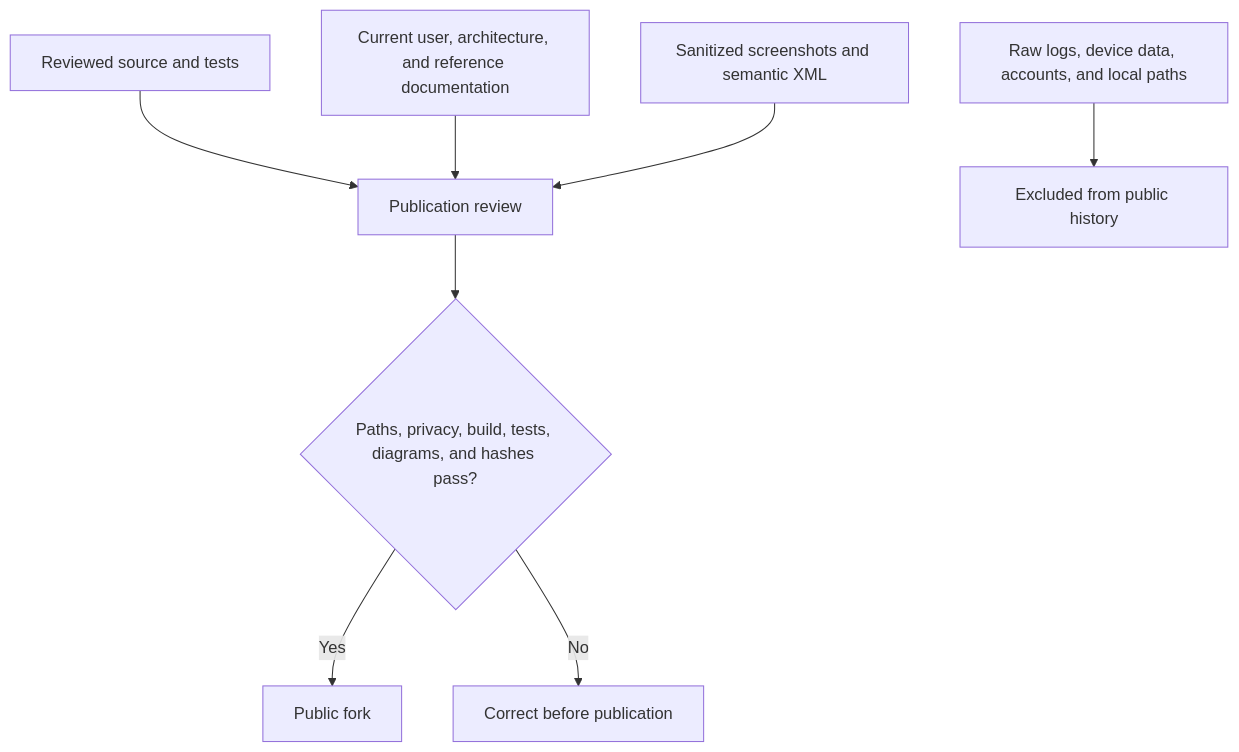
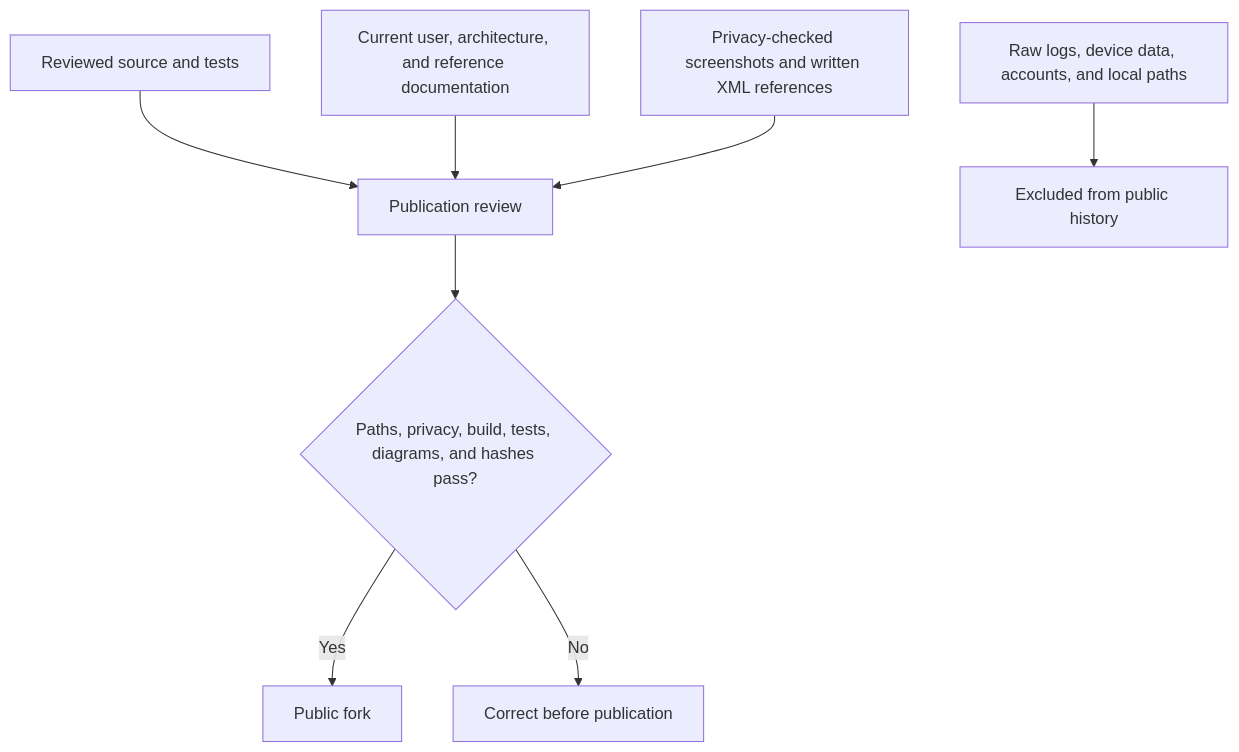
Before and after one commit to FancyCorey/komikku-KMK: the fifth of 5 diagrams in docs/kmk/diagrams/system.md, drawn with Mermaid. The commit also changed other lines of this file and 23 other files, not shown here.

````diff
--- a/docs/kmk/diagrams/system.md
+++ b/docs/kmk/diagrams/system.md
@@ -84,10 +84,10 @@
 ```mermaid
 flowchart TD
     Source["Reviewed source and tests"] --> Review["Publication review"]
     Docs["Current user, architecture, and reference documentation"] --> Review
-    Evidence["Sanitized screenshots and semantic XML"] --> Review
+    Evidence["Privacy-checked screenshots and written XML references"] --> Review
     Review --> Checks{"Paths, privacy, build, tests, diagrams, and hashes pass?"}
     Checks -->|Yes| Public["Public fork"]
     Checks -->|No| Hold["Correct before publication"]
     Raw["Raw logs, device data, accounts, and local paths"] --> Excluded["Excluded from public history"]
 ```
````
